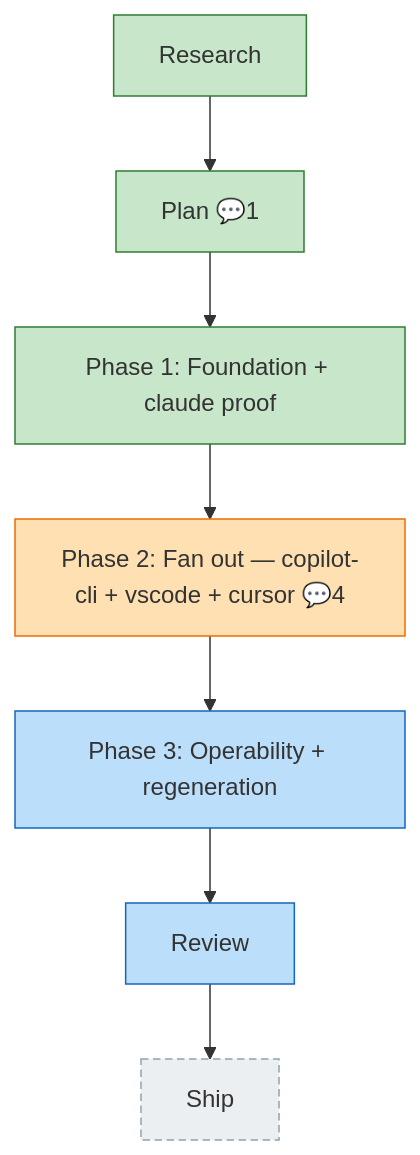
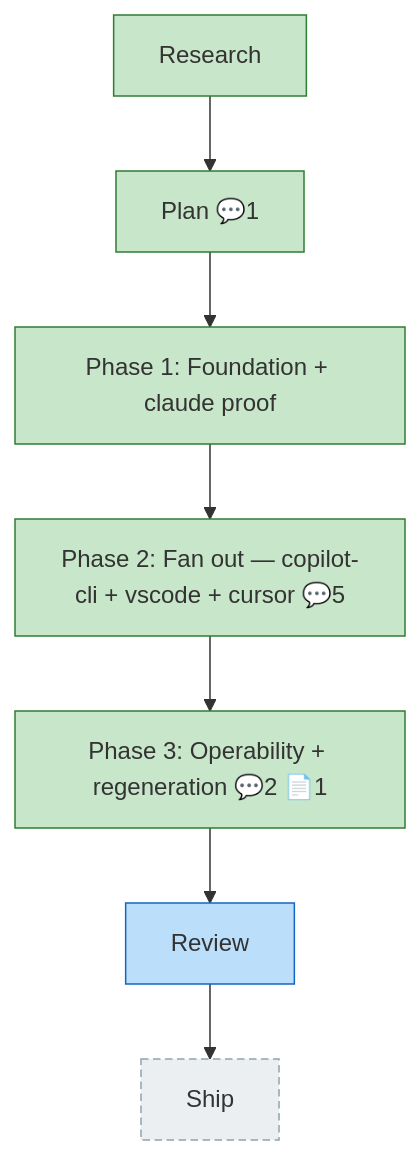
Before and after one commit to AI-Substrate/harness-engineering: the diagram in docs/plans/037-telemetry-fixture-corpus/the-flow.md, drawn with Mermaid. The commit also changed other lines of this file and 2 other files, not shown here.

Commit message:
chore(037): flight plan — Phase 3 done, advance to review (companion-clean)

````diff
--- a/docs/plans/037-telemetry-fixture-corpus/the-flow.md
+++ b/docs/plans/037-telemetry-fixture-corpus/the-flow.md
@@ -8,30 +8,30 @@
 ```mermaid
 flowchart TD
     ship["Ship"]:::assumed
     plan["Plan 💬1"]:::done
     research["Research"]:::done
     phase_1["Phase 1: Foundation + claude proof"]:::done
-    phase_2["Phase 2: Fan out — copilot-cli + vscode + cursor 💬4"]:::wip
-    phase_3["Phase 3: Operability + regeneration"]:::known
+    phase_2["Phase 2: Fan out — copilot-cli + vscode + cursor 💬5"]:::done
+    phase_3["Phase 3: Operability + regeneration 💬2 📄1"]:::done
     review["Review"]:::known
 
     plan --> phase_1
     research --> plan
     phase_1 --> phase_2
     phase_2 --> phase_3
     phase_3 --> review
     review --> ship
 
     classDef done fill:#C8E6C9,stroke:#2E7D32;
     classDef wip fill:#FFE0B2,stroke:#EF6C00;
     classDef blocked fill:#FFCDD2,stroke:#C62828;
     classDef known fill:#BBDEFB,stroke:#1565C0;
     classDef assumed fill:#ECEFF1,stroke:#90A4AE,stroke-dasharray:5 3;
     classDef said fill:#FFF9C4,stroke:#F9A825;
     classDef harness fill:#EDE7F6,stroke:#673AB7;
     classDef decision fill:#FFF3E0,stroke:#FB8C00,stroke-dasharray:2 2;
     classDef companion fill:#D1C4E9,stroke:#5E35B1;
     classDef worker fill:#B2DFDB,stroke:#00897B;
     classDef chore fill:#E0F2F1,stroke:#00897B,stroke-dasharray:3 2;
     classDef unknown fill:#FAFAFA,stroke:#BDBDBD,stroke-dasharray:1 4;
 ```
````
